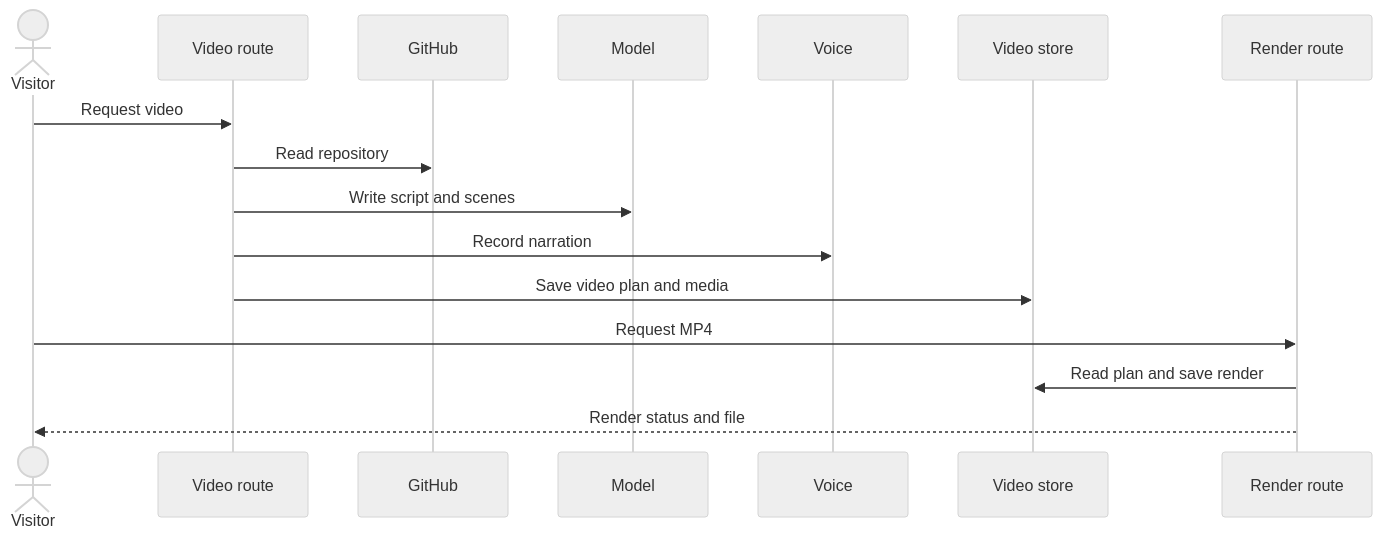
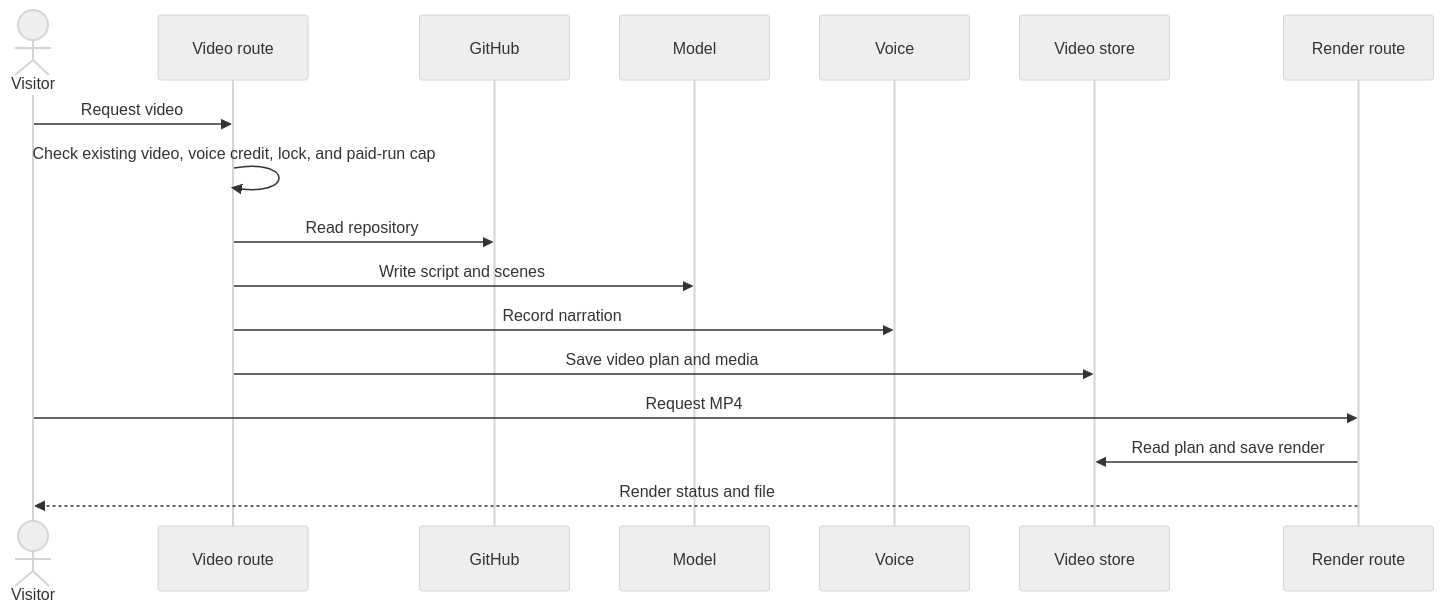
The diagram in docs/flows/explainer-video.md (Pmac627/gitdiagram), drawn with Mermaid (neutral theme) before and after one commit. The commit also changed other lines of this file and 420 other files, not shown here.

````diff
--- a/docs/flows/explainer-video.md
+++ b/docs/flows/explainer-video.md
@@ -38,18 +47,19 @@
 ```mermaid
 sequenceDiagram
     actor Visitor
     participant API as Video route
     participant GitHub
     participant Model
     participant Voice
     participant Store as Video store
     participant Render as Render route
     Visitor->>API: Request video
+    API->>API: Check existing video, voice credit, lock, and paid-run cap
     API->>GitHub: Read repository
     API->>Model: Write script and scenes
     API->>Voice: Record narration
     API->>Store: Save video plan and media
     Visitor->>Render: Request MP4
     Render->>Store: Read plan and save render
     Render-->>Visitor: Render status and file
 ```
````
